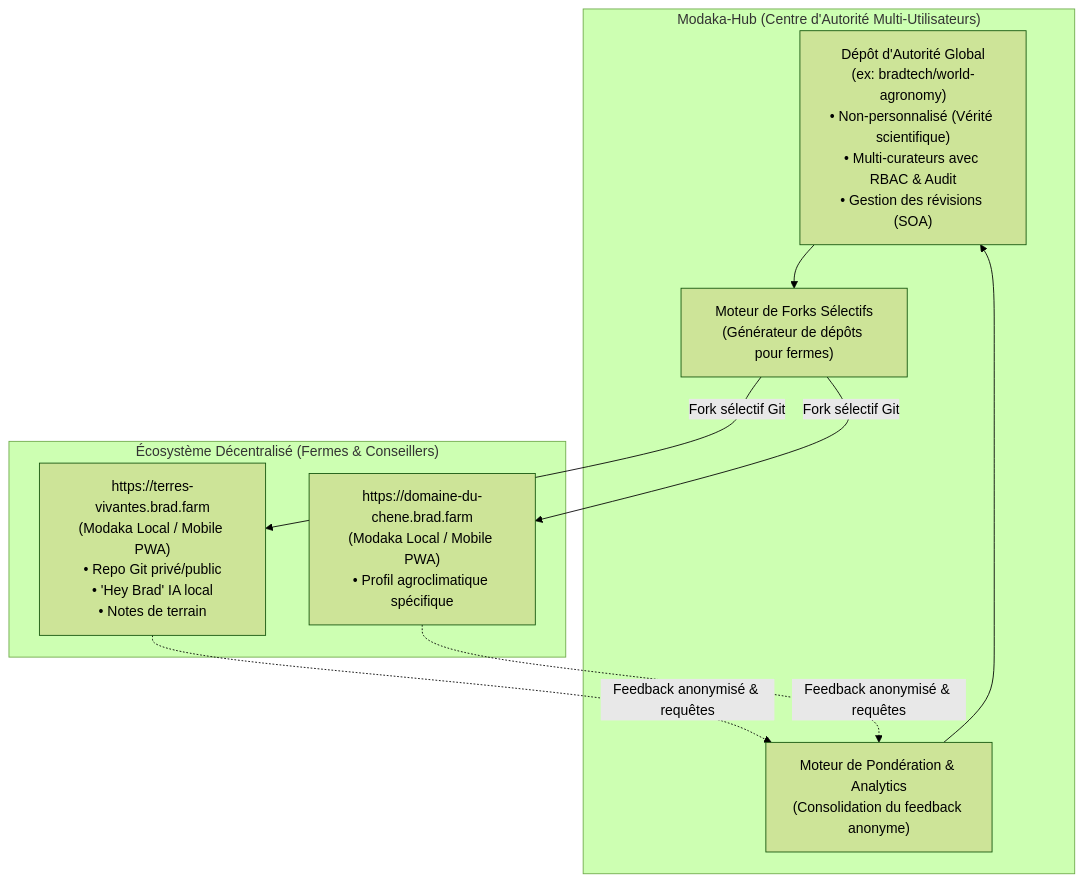
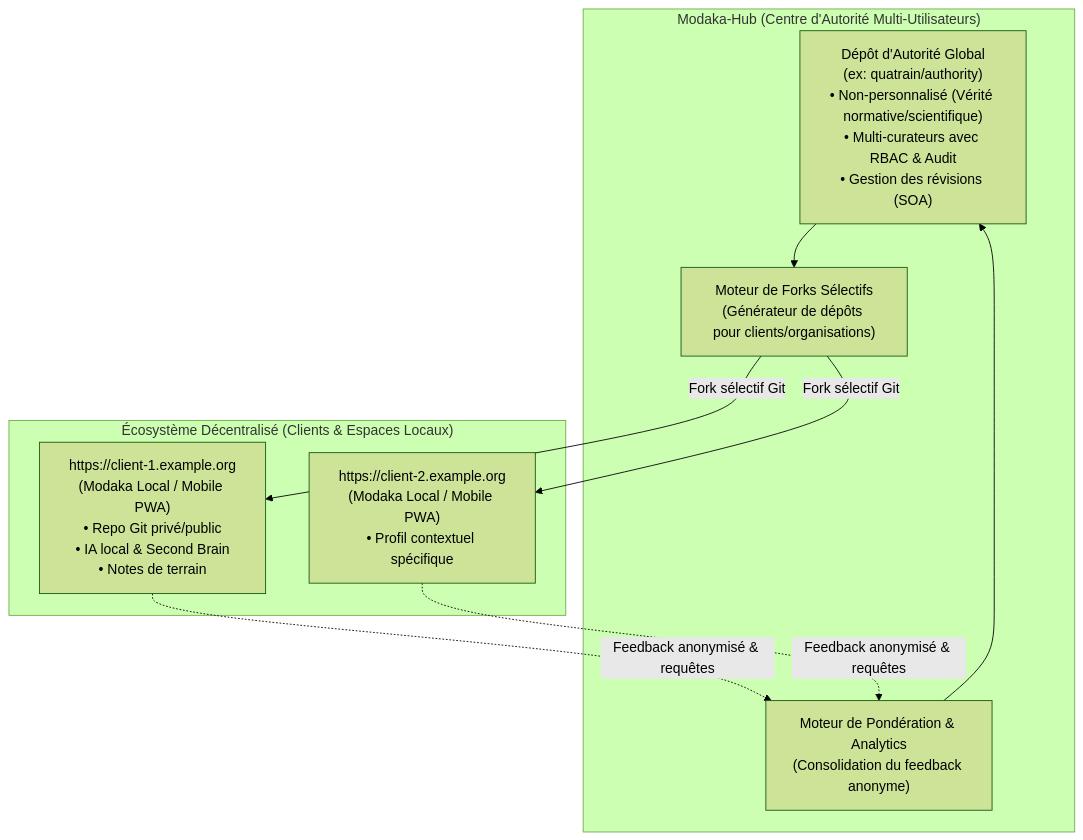
One commit to Quatrain/modaka-hub changed the diagram in MODAKA_HUB_ARCHITECTURE.md. Above: the diagram before and after it, drawn with Mermaid (forest theme). The commit also changed other lines of this file and 36 other files, not shown here.

````diff
--- a/MODAKA_HUB_ARCHITECTURE.md
+++ b/MODAKA_HUB_ARCHITECTURE.md
@@ -12,22 +12,22 @@
 ```mermaid
 flowchart TD
     subgraph Hub ["Modaka-Hub (Centre d'Autorité Multi-Utilisateurs)"]
-        AuthorityRepo["Dépôt d'Autorité Global<br>(ex: bradtech/world-agronomy)<br>• Non-personnalisé (Vérité scientifique)<br>• Multi-curateurs avec RBAC & Audit<br>• Gestion des révisions (SOA)"]
-        ExtractionEngine["Moteur de Forks Sélectifs<br>(Générateur de dépôts pour fermes)"]
+        AuthorityRepo["Dépôt d'Autorité Global<br>(ex: quatrain/authority)<br>• Non-personnalisé (Vérité normative/scientifique)<br>• Multi-curateurs avec RBAC & Audit<br>• Gestion des révisions (SOA)"]
+        ExtractionEngine["Moteur de Forks Sélectifs<br>(Générateur de dépôts pour clients/organisations)"]
         WeightEngine["Moteur de Pondération & Analytics<br>(Consolidation du feedback anonyme)"]
         
         AuthorityRepo --> ExtractionEngine
         WeightEngine --> AuthorityRepo
     end
 
-    subgraph Farms ["Écosystème Décentralisé (Fermes & Conseillers)"]
-        Farm1["https://terres-vivantes.brad.farm<br>(Modaka Local / Mobile PWA)<br>• Repo Git privé/public<br>• 'Hey Brad' IA local<br>• Notes de terrain"]
-        Farm2["https://domaine-du-chene.brad.farm<br>(Modaka Local / Mobile PWA)<br>• Profil agroclimatique spécifique"]
+    subgraph Clients ["Écosystème Décentralisé (Clients & Espaces Locaux)"]
+        Client1["https://client-1.example.org<br>(Modaka Local / Mobile PWA)<br>• Repo Git privé/public<br>• IA local & Second Brain<br>• Notes de terrain"]
+        Client2["https://client-2.example.org<br>(Modaka Local / Mobile PWA)<br>• Profil contextuel spécifique"]
         
-        ExtractionEngine -->|Fork sélectif Git| Farm1
-        ExtractionEngine -->|Fork sélectif Git| Farm2
+        ExtractionEngine -->|Fork sélectif Git| Client1
+        ExtractionEngine -->|Fork sélectif Git| Client2
         
-        Farm1 -.->|Feedback anonymisé & requêtes| WeightEngine
-        Farm2 -.->|Feedback anonymisé & requêtes| WeightEngine
+        Client1 -.->|Feedback anonymisé & requêtes| WeightEngine
+        Client2 -.->|Feedback anonymisé & requêtes| WeightEngine
     end
 ```
````
